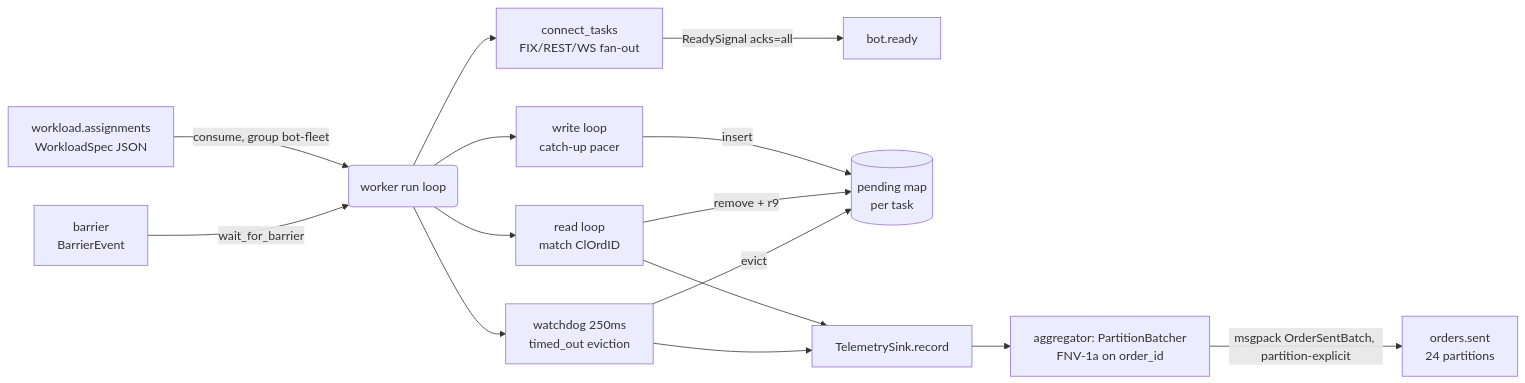
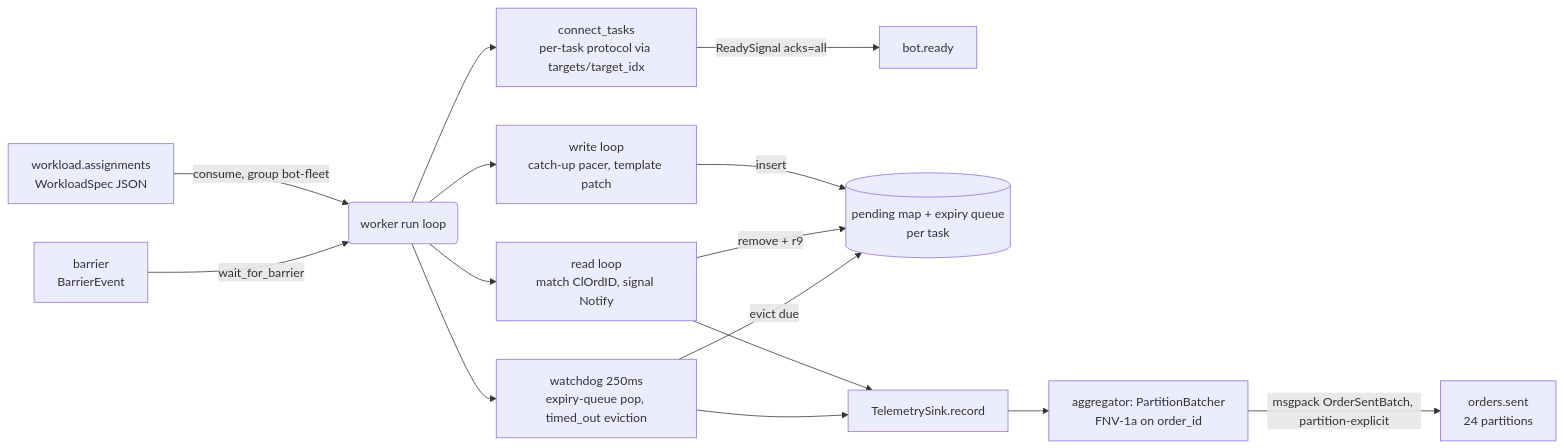
The seventh of 14 diagrams in docs/architecture/ARCHITECTURE.md (agrawalx/match-bench), drawn with Mermaid before and after one commit. The commit also changed other lines of this file and 1 other file, not shown here.

First line of the commit message:
docs:(architecture) full rewrite in plain documentation prose + multi-contestant audit

````diff
--- a/docs/architecture/ARCHITECTURE.md
+++ b/docs/architecture/ARCHITECTURE.md
@@ -1216,17 +1294,17 @@
 ```mermaid
 flowchart LR
   WA[workload.assignments<br/>WorkloadSpec JSON] -->|consume, group bot-fleet| W(worker run loop)
-  W --> CONN[connect_tasks<br/>FIX/REST/WS fan-out]
+  W --> CONN[connect_tasks<br/>per-task protocol via targets/target_idx]
   CONN -->|ReadySignal acks=all| BR[bot.ready]
   B[barrier<br/>BarrierEvent] -->|wait_for_barrier| W
-  W --> WL[write loop<br/>catch-up pacer]
-  W --> RL[read loop<br/>match ClOrdID]
-  W --> WD[watchdog 250ms<br/>timed_out eviction]
-  WL -->|insert| PM[(pending map<br/>per task)]
+  W --> WL[write loop<br/>catch-up pacer, template patch]
+  W --> RL[read loop<br/>match ClOrdID, signal Notify]
+  W --> WD[watchdog 250ms<br/>expiry-queue pop, timed_out eviction]
+  WL -->|insert| PM[(pending map + expiry queue<br/>per task)]
   RL -->|remove + r9| PM
-  WD -->|evict| PM
+  WD -->|evict due| PM
   RL --> TS[TelemetrySink.record]
   WD --> TS
   TS --> AGG[aggregator: PartitionBatcher<br/>FNV-1a on order_id]
   AGG -->|msgpack OrderSentBatch, partition-explicit| OS[orders.sent<br/>24 partitions]
 ```
````
